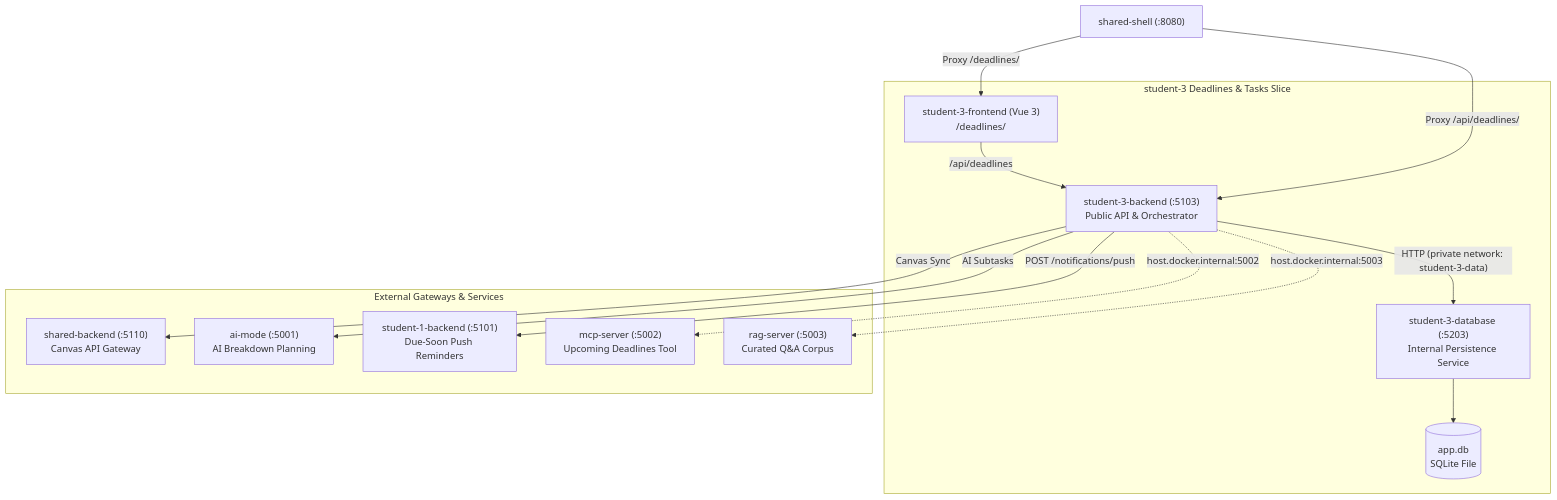
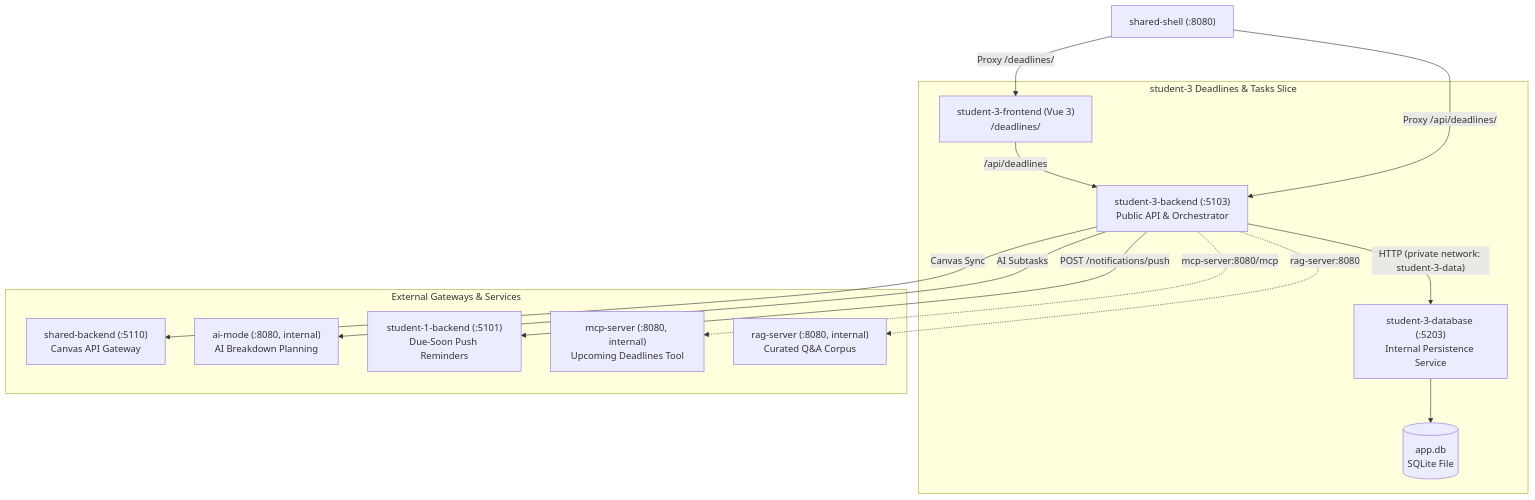
One commit to AmAComputerNerd/41026--software-development-project changed the diagram in student-3/README.md. Above: the diagram before and after it, drawn with Mermaid. The commit also changed other lines of this file and 31 other files, not shown here.

````diff
--- a/student-3/README.md
+++ b/student-3/README.md
@@ -36,32 +36,32 @@
 ```mermaid
 flowchart TD
     Shell["shared-shell (:8080)"]
 
     subgraph Student3Slice["student-3 Deadlines & Tasks Slice"]
         FE["student-3-frontend (Vue 3)<br>/deadlines/"]
         BE["student-3-backend (:5103)<br>Public API & Orchestrator"]
         DB["student-3-database (:5203)<br>Internal Persistence Service"]
         Storage[("app.db<br>SQLite File")]
         
         FE -- "/api/deadlines" --> BE
         BE -- "HTTP (private network: student-3-data)" --> DB
         DB --> Storage
     end
 
     subgraph ExternalIntegrations["External Gateways & Services"]
         SB["shared-backend (:5110)<br>Canvas API Gateway"]
-        AIM["ai-mode (:5001)<br>AI Breakdown Planning"]
+        AIM["ai-mode (:8080, internal)<br>AI Breakdown Planning"]
         S1["student-1-backend (:5101)<br>Due-Soon Push Reminders"]
-        MCP["mcp-server (:5002)<br>Upcoming Deadlines Tool"]
-        RAG["rag-server (:5003)<br>Curated Q&A Corpus"]
+        MCP["mcp-server (:8080, internal)<br>Upcoming Deadlines Tool"]
+        RAG["rag-server (:8080, internal)<br>Curated Q&A Corpus"]
     end
 
     Shell -- "Proxy /deadlines/" --> FE
     Shell -- "Proxy /api/deadlines/" --> BE
 
     BE -- "Canvas Sync" --> SB
     BE -- "AI Subtasks" --> AIM
     BE -- "POST /notifications/push" --> S1
-    BE -. "host.docker.internal:5002" .-> MCP
-    BE -. "host.docker.internal:5003" .-> RAG
+    BE -. "mcp-server:8080/mcp" .-> MCP
+    BE -. "rag-server:8080" .-> RAG
 ```
````
